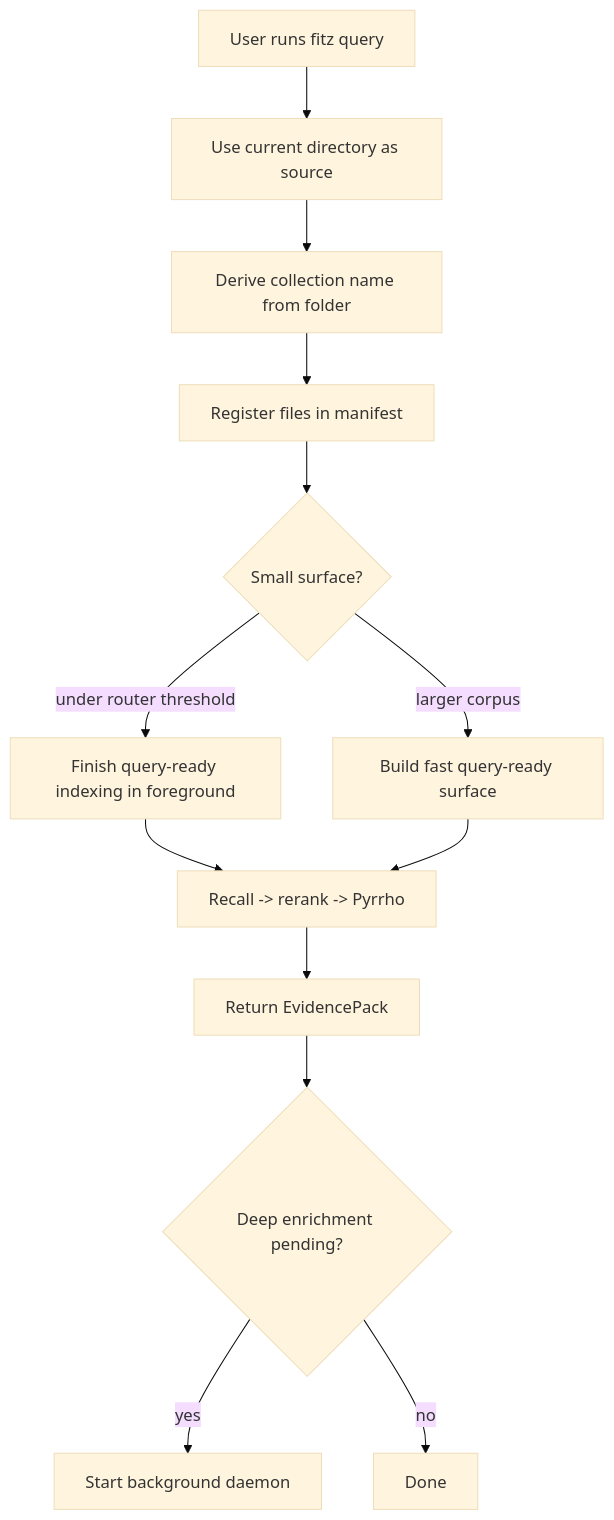
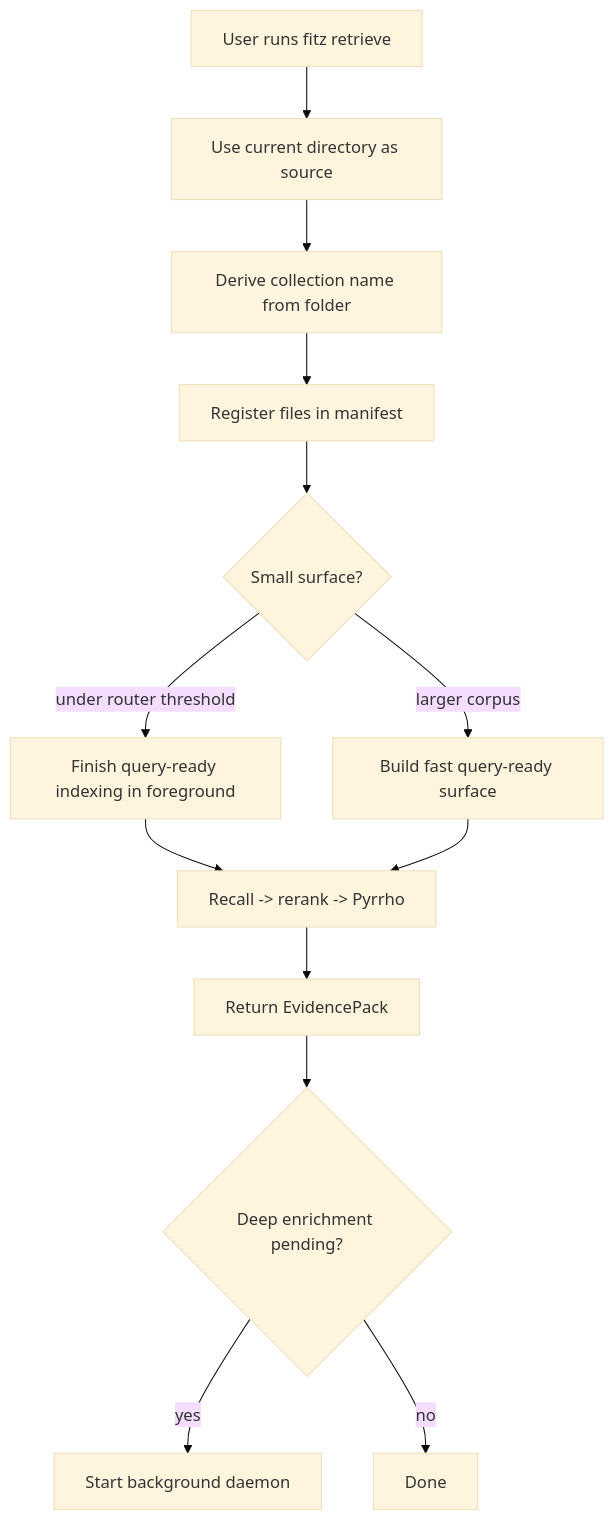
The first of 2 diagrams in docs/QUERY_UX.md (yafitzdev/fitz), drawn with Mermaid (base theme) before and after one commit. The commit also changed other lines of this file and 103 other files, not shown here.

````diff
--- a/docs/QUERY_UX.md
+++ b/docs/QUERY_UX.md
@@ -16,15 +16,15 @@
 ```mermaid
 flowchart TD
-    A["User runs fitz query"] --> B["Use current directory as source"]
+    A["User runs fitz retrieve"] --> B["Use current directory as source"]
     B --> C["Derive collection name from folder"]
     C --> D["Register files in manifest"]
     D --> E{"Small surface?"}
     E -->|"under router threshold"| F["Finish query-ready indexing in foreground"]
     E -->|"larger corpus"| G["Build fast query-ready surface"]
     F --> H["Recall -> rerank -> Pyrrho"]
     G --> H
     H --> I["Return EvidencePack"]
     I --> J{"Deep enrichment pending?"}
     J -->|"yes"| K["Start background daemon"]
     J -->|"no"| L["Done"]
 ```
````
